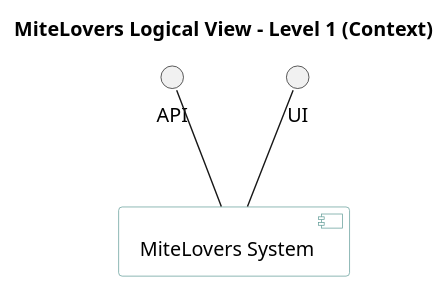
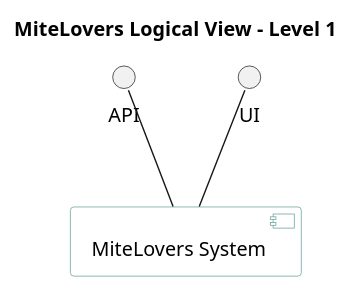
One commit to AndrePereiraGitH/SWitCH-Project-Team_A changed the diagram in SprintReview/Sprint-7/LogicalViewLevel1.puml. Above: the diagram before and after it, drawn with PlantUML. The commit also changed 1 other file, not shown here.

Commit message:
refactor #1044: refactor logical views level 1 & 2

```diff
--- a/SprintReview/Sprint-7/LogicalViewLevel1.puml
+++ b/SprintReview/Sprint-7/LogicalViewLevel1.puml
@@ -1,22 +1,22 @@
 @startuml MiteLovers_Logical_View_L1
 
-title MiteLovers Logical View - Level 1 (Context)
+title MiteLovers Logical View - Level 1
 
 skinparam backgroundColor transparent
 skinparam component {
   BackgroundColor #FFFFFF
   BorderColor #5F9B96
 }
 
 
 interface "UI" as UI
 interface "API" as API
 
 
 component "MiteLovers System" as MiteLoversSystem
 
 MiteLoversSystem -up- UI
 MiteLoversSystem -up- API
 
 
 @enduml
```
